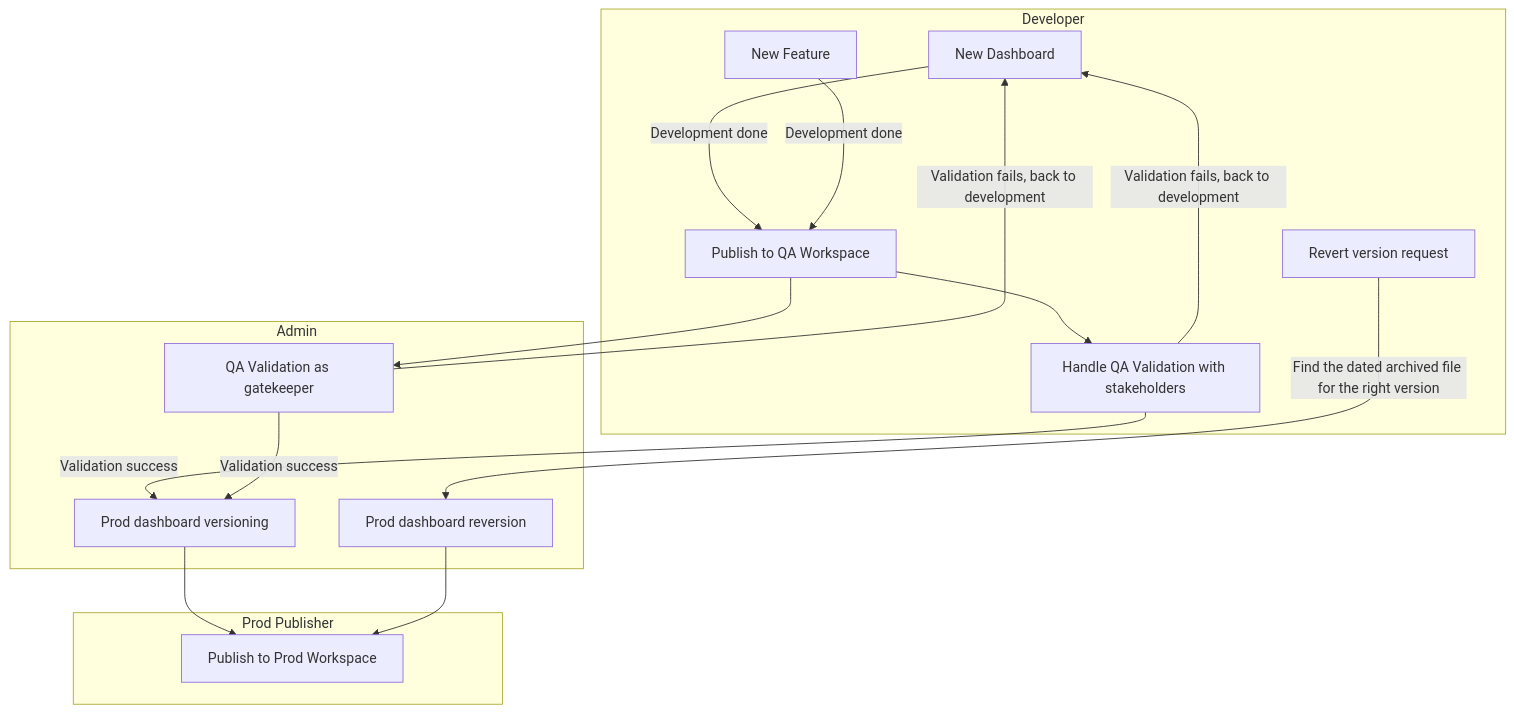
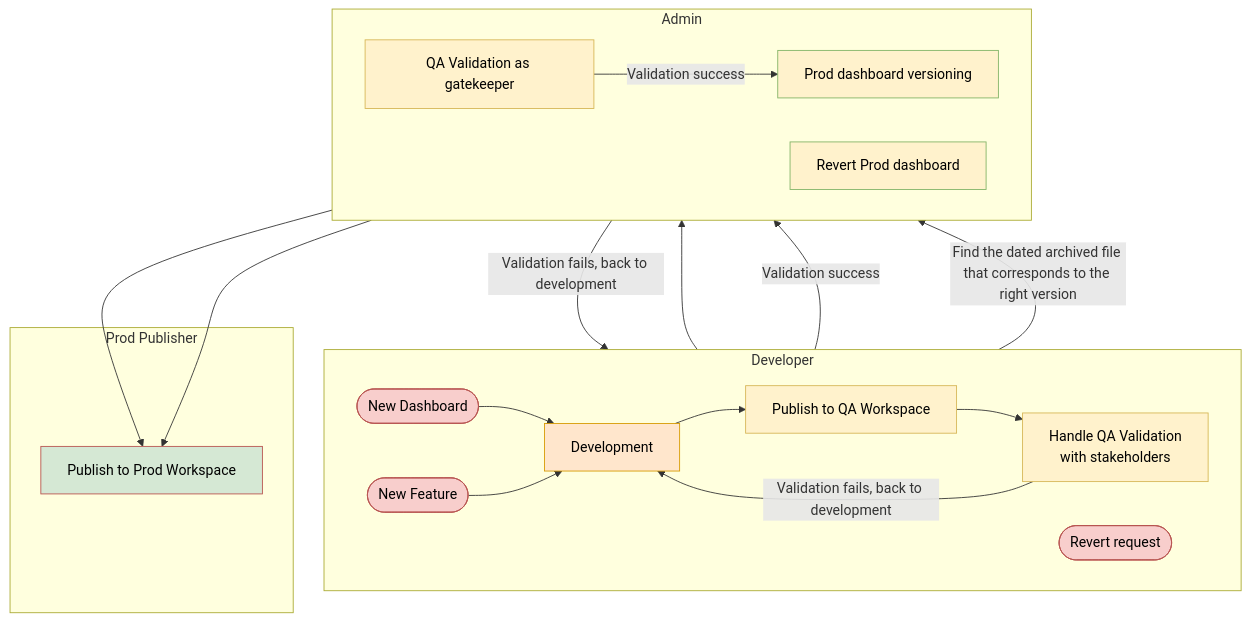
One commit to Ivan-Liao/ref changed the diagram in projects/sofie/powerbi/requirements_powerbi_deployment.md. Above: the diagram before and after it, drawn with Mermaid. The commit also changed other lines of this file and 1 other file, not shown here.

````diff
--- a/projects/sofie/powerbi/requirements_powerbi_deployment.md
+++ b/projects/sofie/powerbi/requirements_powerbi_deployment.md
@@ -48,30 +47,51 @@
 ```mermaid
-flowchart TD
+flowchart TB
     subgraph Developer
-        ND[New Dashboard]
-        NF[New Feature]
-        PQ[Publish to QA Workspace]
-        QS[Handle QA Validation with stakeholders]
-        RV[Revert version request]
+        direction LR
+        NewDash([New Dashboard])
+        NewFeat([New Feature])
+        Dev[Development]
+        PubQA[Publish to QA Workspace]
+        HandleQA[Handle QA Validation<br>with stakeholders]
+        Revert([Revert request])
     end
+ 
     subgraph Admin
-        QG[QA Validation as gatekeeper]
-        PV[Prod dashboard versioning]
-        PR[Prod dashboard reversion]
+        direction LR
+        QAGate[QA Validation as gatekeeper]
+        ProdVer[Prod dashboard versioning]
+        RevertProd[Revert Prod dashboard]
     end
-    subgraph Prod Publisher
-        PP[Publish to Prod Workspace]
+ 
+    subgraph Prod_Publisher [Prod Publisher]
+        PubProd[Publish to Prod Workspace]
     end
-
-    ND --->|Development done| PQ
-    NF --->|Development done| PQ
-    PQ --> QS
-    PQ --> QG
-    QS -->|Validation fails, back to development| ND
-    QS -->|Validation success| PV
-    QG -->|Validation fails, back to development| ND
-    QG -->|Validation success| PV
-    PV --> PP
-    RV --->|Find the dated archived file for the right version| PR
-    PR --> PP
+ 
+    NewDash --> Dev
+    NewFeat --> Dev
+    Dev --> PubQA
+    PubQA --> HandleQA
+    PubQA --> QAGate
+ 
+    HandleQA -- "Validation fails, back to development" --> Dev
+    QAGate -- "Validation fails, back to development" --> Dev
+ 
+    HandleQA -- "Validation success" --> ProdVer
+    QAGate -- "Validation success" --> ProdVer
+ 
+    ProdVer --> PubProd
+    Revert -- "Find the dated archived file that corresponds to the right version" --> RevertProd
+    RevertProd --> PubProd
+ 
+    classDef start fill:#f8cecc,stroke:#b85450,color:#000
+    classDef dev fill:#ffe6cc,stroke:#d79b00,color:#000
+    classDef qa fill:#fff2cc,stroke:#d6b656,color:#000
+    classDef prod fill:#fff2cc,stroke:#82b366,color:#000
+    classDef endnode fill:#d5e8d4,stroke:#b85450,color:#000
+ 
+    class NewDash,NewFeat,Revert start
+    class Dev dev
+    class PubQA,HandleQA,QAGate qa
+    class ProdVer,RevertProd prod
+    class PubProd endnode
 ```
````
